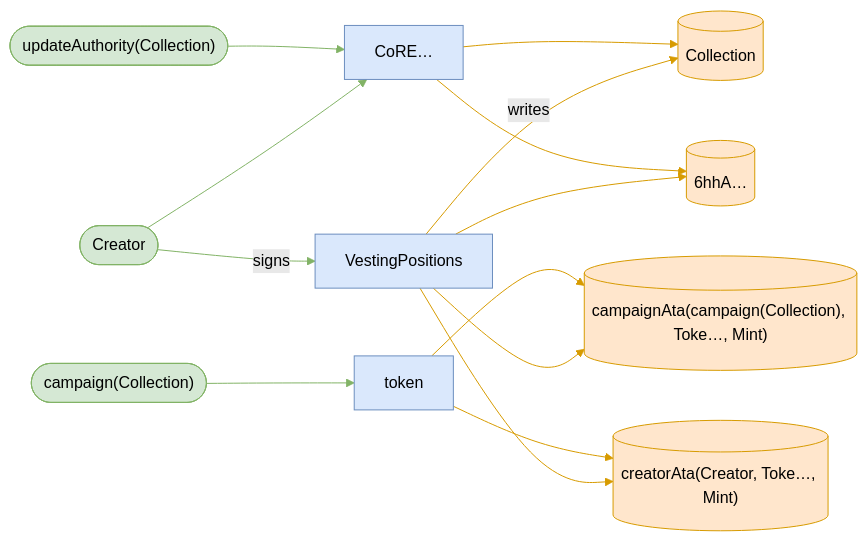
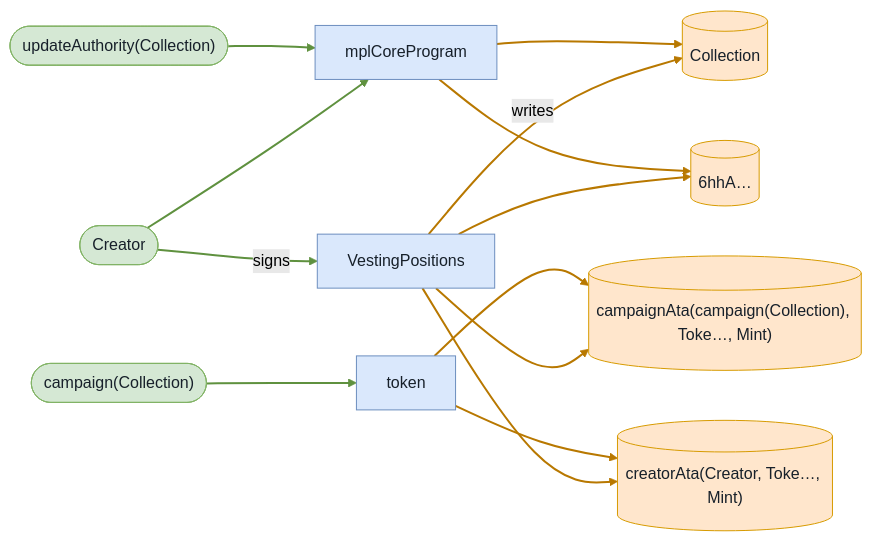
Before and after one commit to cds-turbin3/vesting-position: the eighth of 12 diagrams in babelfish-tests/test-report/cancel_campaign_fails_after_position_burned.md, drawn with Mermaid (forest theme). The commit also changed other lines of this file and 106 other files, not shown here.

````diff
--- a/babelfish-tests/test-report/cancel_campaign_fails_after_position_burned.md
+++ b/babelfish-tests/test-report/cancel_campaign_fails_after_position_burned.md
@@ -402,30 +400,30 @@
 ```mermaid
 flowchart LR
     VestingPositions["VestingPositions"]:::program
     Creator(["Creator"]):::signer
     Collection[("Collection")]:::state
     n6hhA[("6hhA…")]:::state
     campaignAtacampaignCollectionTokeMint[("campaignAta(campaign(Collection), Toke…, Mint)")]:::state
     creatorAtaCreatorTokeMint[("creatorAta(Creator, Toke…, Mint)")]:::state
-    CoRE["CoRE…"]:::program
+    mplCoreProgram["mplCoreProgram"]:::program
     updateAuthorityCollection(["updateAuthority(Collection)"]):::signer
     token["token"]:::program
     campaignCollection(["campaign(Collection)"]):::signer
     Creator -->|signs| VestingPositions
     VestingPositions -->|writes| Collection
     VestingPositions --> n6hhA
     VestingPositions --> campaignAtacampaignCollectionTokeMint
     VestingPositions --> creatorAtaCreatorTokeMint
-    CoRE --> n6hhA
-    CoRE --> Collection
-    Creator --> CoRE
-    updateAuthorityCollection --> CoRE
+    mplCoreProgram --> n6hhA
+    mplCoreProgram --> Collection
+    Creator --> mplCoreProgram
+    updateAuthorityCollection --> mplCoreProgram
     token --> campaignAtacampaignCollectionTokeMint
     token --> creatorAtaCreatorTokeMint
     campaignCollection --> token
-    classDef program fill:#dae8fc,stroke:#6c8ebf;
-    classDef signer fill:#d5e8d4,stroke:#82b366;
-    classDef state fill:#ffe6cc,stroke:#d79b00;
-    linkStyle 0,7,8,11 stroke:#82b366
-    linkStyle 1,2,3,4,5,6,9,10 stroke:#d79b00
+    classDef program fill:#dae8fc,stroke:#6c8ebf,color:#17202a;
+    classDef signer fill:#d5e8d4,stroke:#82b366,color:#17202a;
+    classDef state fill:#ffe6cc,stroke:#d79b00,color:#17202a;
+    linkStyle 0,7,8,11 stroke:#5f913f,stroke-width:2px
+    linkStyle 1,2,3,4,5,6,9,10 stroke:#b87800,stroke-width:2px
 ```
````
